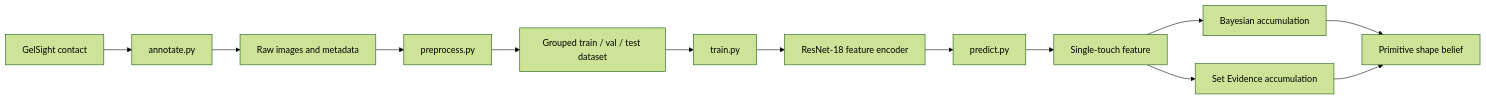
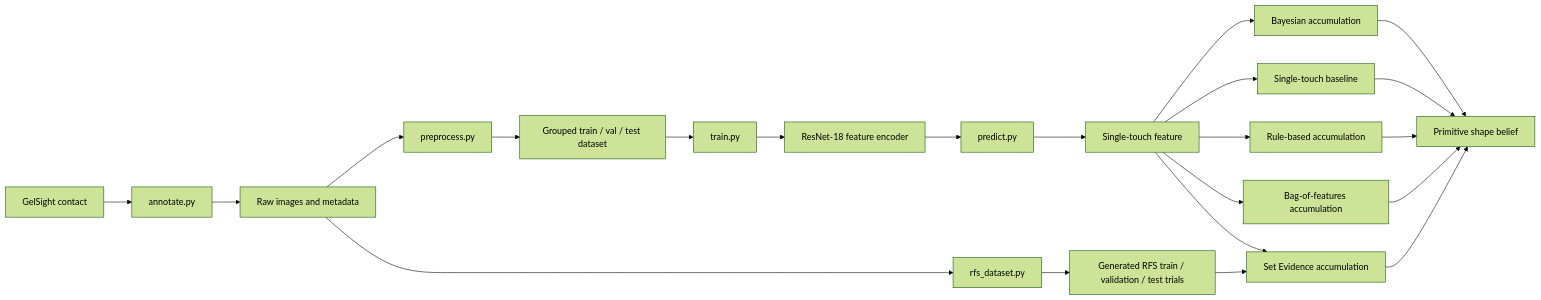
One commit to immanuelvalencia/Touchlab-VTS changed the diagram in README.md. Above: the diagram before and after it, drawn with Mermaid (forest theme). The commit also changed other lines of this file and 120 other files, not shown here.

````diff
--- a/README.md
+++ b/README.md
@@ -26,15 +32,24 @@
 ```mermaid
 flowchart LR
     A["GelSight contact"] --> B["annotate.py"]
     B --> C["Raw images and metadata"]
     C --> D["preprocess.py"]
     D --> E["Grouped train / val / test dataset"]
     E --> F["train.py"]
     F --> G["ResNet-18 feature encoder"]
     G --> H["predict.py"]
     H --> I["Single-touch feature"]
+    C --> M["rfs_dataset.py"]
+    M --> N["Generated RFS train / validation / test trials"]
+    N --> K
     I --> J["Bayesian accumulation"]
+    I --> O["Single-touch baseline"]
+    I --> P["Rule-based accumulation"]
+    I --> Q["Bag-of-features accumulation"]
     I --> K["Set Evidence accumulation"]
     J --> L["Primitive shape belief"]
+    O --> L
+    P --> L
+    Q --> L
     K --> L
 ```
````
